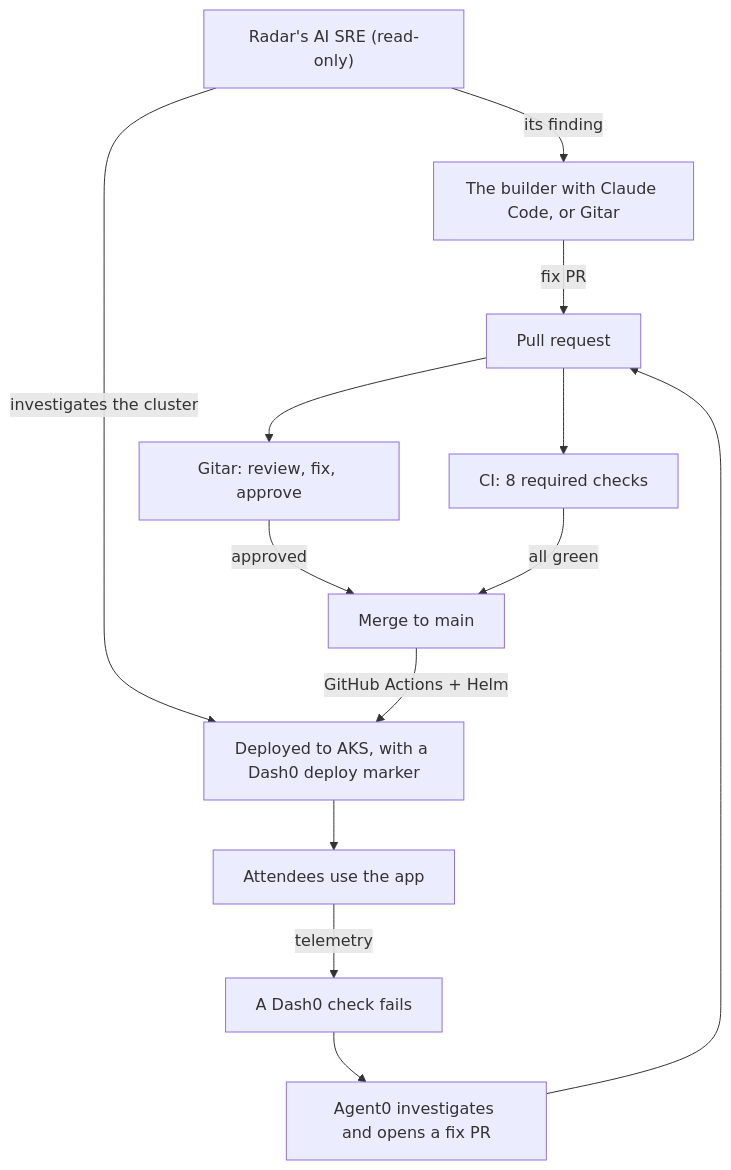
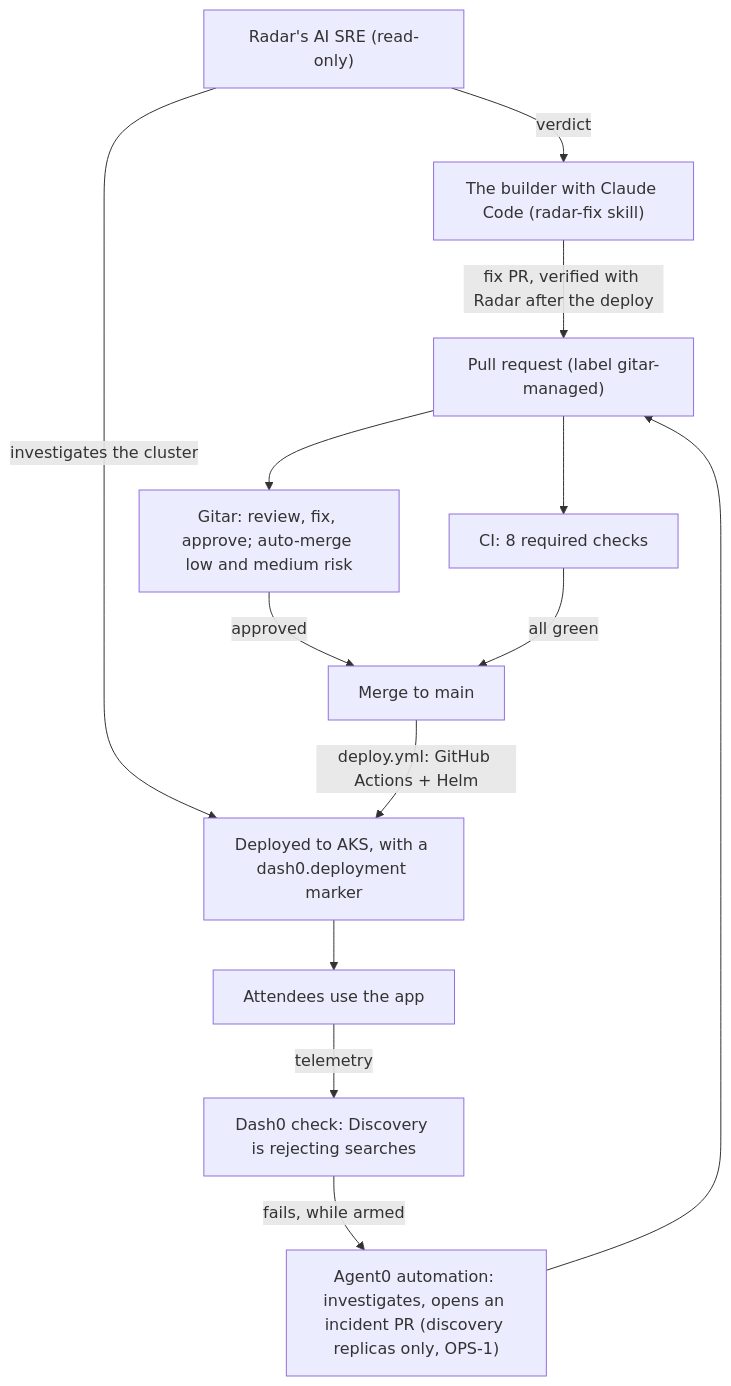
Before and after one commit to DSavaliya-Labs/conferenceops-ai: the second of 2 diagrams in README.md, drawn with Mermaid. The commit also changed other lines of this file and 2 other files, not shown here.

````diff
--- a/README.md
+++ b/README.md
@@ -144,15 +327,15 @@
 ```mermaid
 flowchart TB
-  pr["Pull request"] --> gitar["Gitar: review, fix, approve"]
+  pr["Pull request (label gitar-managed)"] --> gitar["Gitar: review, fix, approve; auto-merge low and medium risk"]
   pr --> ci["CI: 8 required checks"]
   gitar -->|"approved"| merge["Merge to main"]
   ci -->|"all green"| merge
-  merge -->|"GitHub Actions + Helm"| aks["Deployed to AKS, with a Dash0 deploy marker"]
+  merge -->|"deploy.yml: GitHub Actions + Helm"| aks["Deployed to AKS, with a dash0.deployment marker"]
   aks --> users["Attendees use the app"]
-  users -->|"telemetry"| check["A Dash0 check fails"]
-  check --> agent0["Agent0 investigates and opens a fix PR"]
+  users -->|"telemetry"| check["Dash0 check: Discovery is rejecting searches"]
+  check -->|"fails, while armed"| agent0["Agent0 automation: investigates, opens an incident PR (discovery replicas only, OPS-1)"]
   agent0 --> pr
   radar["Radar's AI SRE (read-only)"] -->|"investigates the cluster"| aks
-  radar -->|"its finding"| fixer["The builder with Claude Code, or Gitar"]
-  fixer -->|"fix PR"| pr
+  radar -->|"verdict"| fixer["The builder with Claude Code (radar-fix skill)"]
+  fixer -->|"fix PR, verified with Radar after the deploy"| pr
 ```
````
